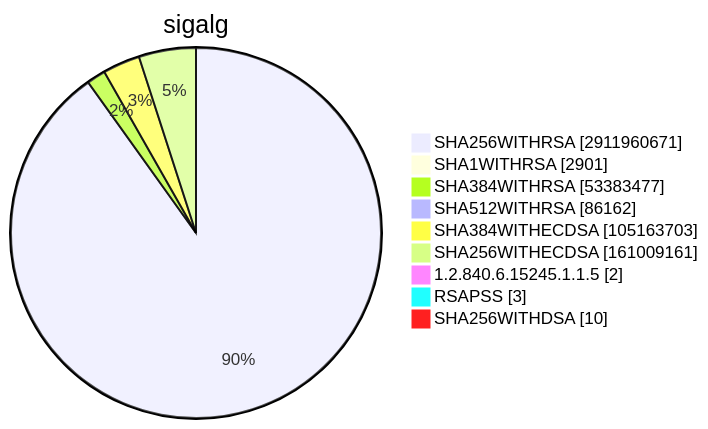
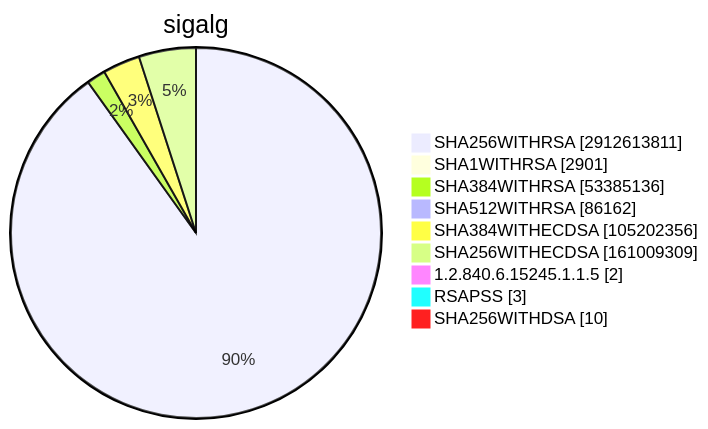
Before and after one commit to christiankrug/ctmonitor_visualization: diagram 15 of 15 in TOTAL/README.md, drawn with Mermaid. The commit also changed other lines of this file, not shown here.

````diff
--- a/TOTAL/README.md
+++ b/TOTAL/README.md
@@ -6207,13 +6207,13 @@
 ```mermaid
 pie showData
 title sigalg
-"SHA256WITHRSA" :2911960671
+"SHA256WITHRSA" :2912613811
 "SHA1WITHRSA" :2901
-"SHA384WITHRSA" :53383477
+"SHA384WITHRSA" :53385136
 "SHA512WITHRSA" :86162
-"SHA384WITHECDSA" :105163703
-"SHA256WITHECDSA" :161009161
+"SHA384WITHECDSA" :105202356
+"SHA256WITHECDSA" :161009309
 "1.2.840.6.15245.1.1.5" :2
 "RSAPSS" :3
 "SHA256WITHDSA" :10
 ```
````
